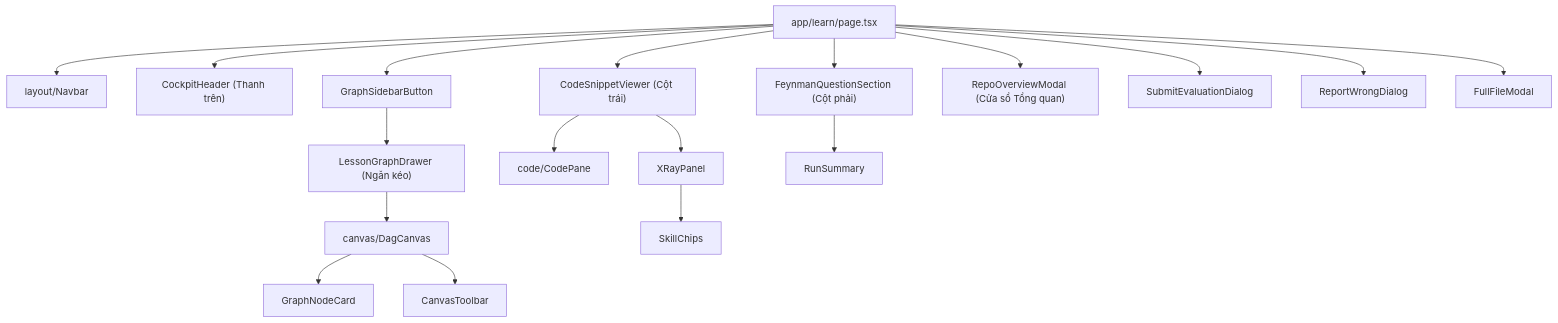
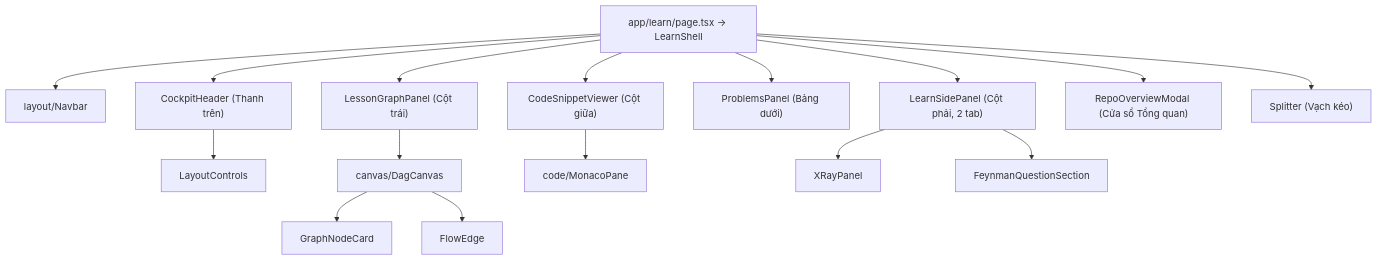
One commit to huynhthanhnhannnh-pixel/Hackathon_SGU changed the second of 9 diagrams in doc-de-hieu/06_giao_dien.md. Above: the diagram before and after it, drawn with Mermaid. The commit also changed other lines of this file and 23 other files, not shown here.

````diff
--- a/doc-de-hieu/06_giao_dien.md
+++ b/doc-de-hieu/06_giao_dien.md
@@ -136,20 +138,18 @@
 ```mermaid
 flowchart TD
-    LEARN["app/learn/page.tsx"] --> NAV["layout/Navbar"]
+    LEARN["app/learn/page.tsx → LearnShell"] --> NAV["layout/Navbar"]
     LEARN --> HEAD["CockpitHeader (Thanh trên)"]
-    LEARN --> BTN["GraphSidebarButton"]
-    BTN --> DRAWER["LessonGraphDrawer (Ngăn kéo)"]
+    HEAD --> LAY["LayoutControls"]
+    LEARN --> DRAWER["LessonGraphPanel (Cột trái)"]
     DRAWER --> DAG["canvas/DagCanvas"]
     DAG --> CARD["GraphNodeCard"]
-    DAG --> BAR["CanvasToolbar"]
-    LEARN --> LEFT["CodeSnippetViewer (Cột trái)"]
-    LEFT --> CODE["code/CodePane"]
-    LEFT --> XRAY["XRayPanel"]
-    XRAY --> SKILL["SkillChips"]
-    LEARN --> RIGHT["FeynmanQuestionSection (Cột phải)"]
-    RIGHT --> SUM["RunSummary"]
+    DAG --> EDGE["FlowEdge"]
+    LEARN --> MID["CodeSnippetViewer (Cột giữa)"]
+    MID --> CODE["code/MonacoPane"]
+    LEARN --> BOT["ProblemsPanel (Bảng dưới)"]
+    LEARN --> SIDE["LearnSidePanel (Cột phải, 2 tab)"]
+    SIDE --> XRAY["XRayPanel"]
+    SIDE --> FEY["FeynmanQuestionSection"]
     LEARN --> OV["RepoOverviewModal (Cửa sổ Tổng quan)"]
-    LEARN --> EVAL["SubmitEvaluationDialog"]
-    LEARN --> REP["ReportWrongDialog"]
-    LEARN --> FILE["FullFileModal"]
+    LEARN --> SPLIT["Splitter (Vạch kéo)"]
 ```
````
